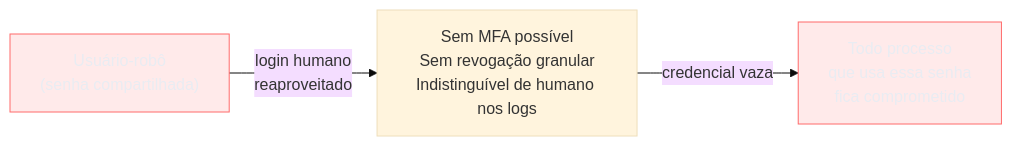
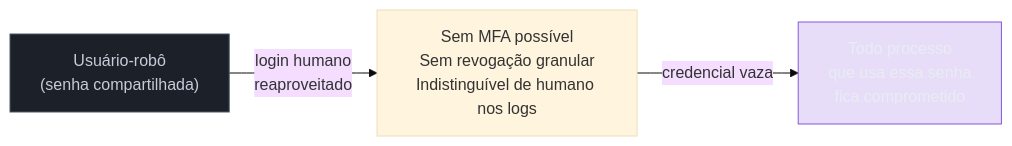
The first of 6 diagrams in 03-Dominios/Engenharia/Auth e Identidade/2 - OAuth 2.1 e OpenID Connect/04 - Grants de máquina e fluxos especiais.md (josenaldo/codex-technomanticus), drawn with Mermaid (base theme) before and after one commit. The commit also changed 601 other files, not shown here.

````diff
--- a/03-Dominios/Engenharia/Auth e Identidade/2 - OAuth 2.1 e OpenID Connect/04 - Grants de máquina e fluxos especiais.md
+++ b/03-Dominios/Engenharia/Auth e Identidade/2 - OAuth 2.1 e OpenID Connect/04 - Grants de máquina e fluxos especiais.md
@@ -37,9 +37,10 @@
 ```mermaid
 graph LR
-    classDef falha fill:#FF6B6B24,stroke:#FF6B6B,color:#E9ECF2
+    classDef marca fill:#8855DF33,stroke:#8855DF,color:#E9ECF2
+    classDef neutro fill:#1B2029,stroke:#4E5666,color:#C6CCD8
     A["Usuário-robô<br/>(senha compartilhada)"] -->|"login humano<br/>reaproveitado"| B["Sem MFA possível<br/>Sem revogação granular<br/>Indistinguível de humano nos logs"]
     B -->|"credencial vaza"| C["Todo processo<br/>que usa essa senha<br/>fica comprometido"]
 
-    class A falha
-    class C falha
+    class A neutro
+    class C marca
 ```
````
